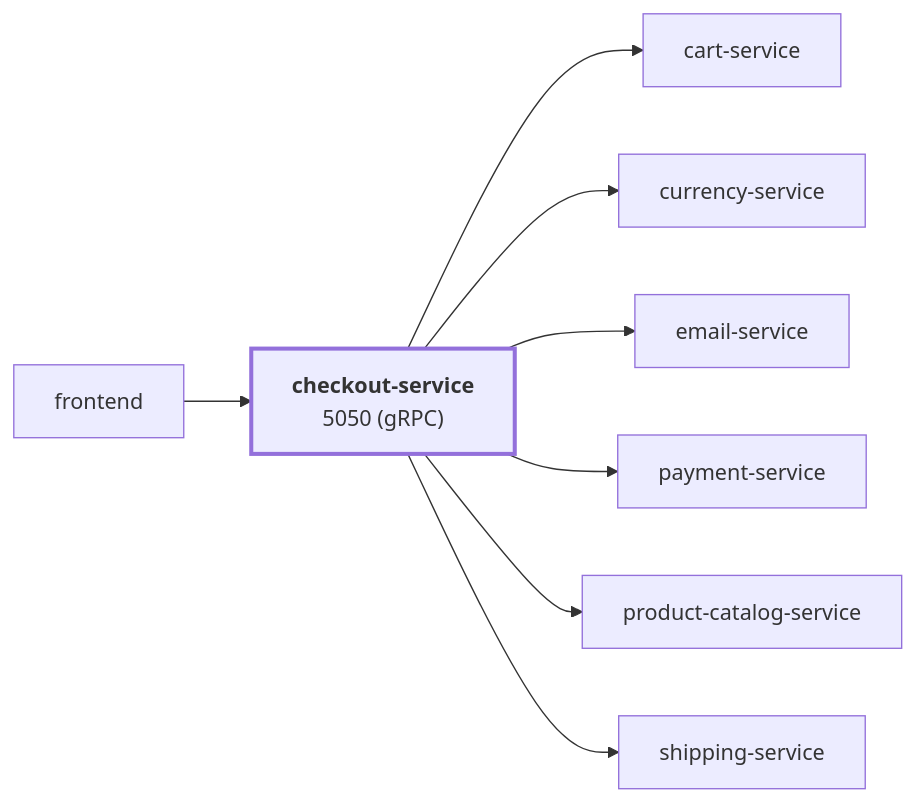
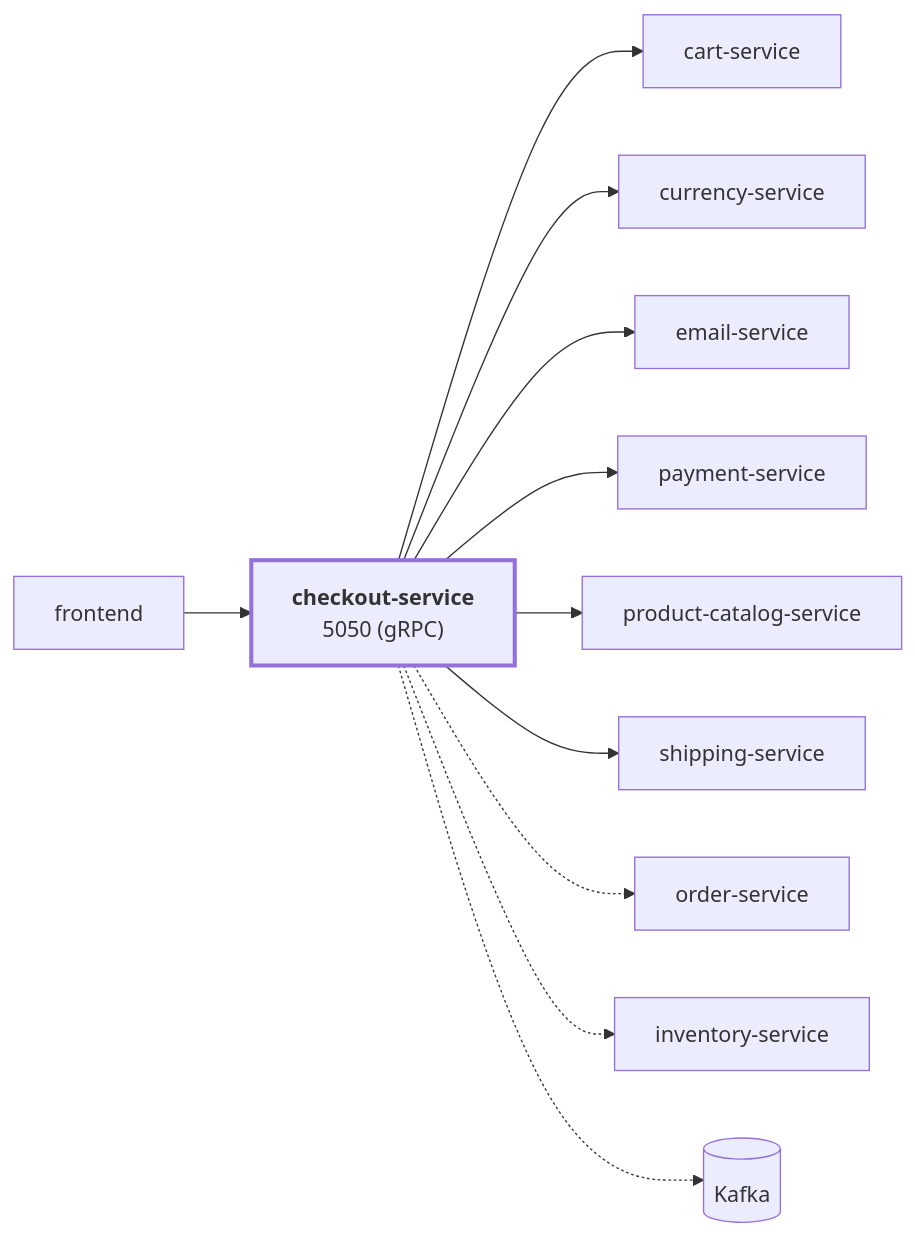
Before and after one commit to platform-boutique/app-checkout-service: the diagram in docs/index.md, drawn with Mermaid. The commit also changed other lines of this file and 12 other files, not shown here.

First line of the commit message:
docs: architecture, operations and decisions pages, Develop section; pre-commit hooks (audit docs batch, REPO-08) (#25)

````diff
--- a/docs/index.md
+++ b/docs/index.md
@@ -20,12 +20,15 @@
 ```mermaid
 flowchart LR
   checkout_service["<b>checkout-service</b><br/>5050 (gRPC)"]:::me
   frontend["frontend"] --> checkout_service
   checkout_service --> cart_service["cart-service"]
   checkout_service --> currency_service["currency-service"]
   checkout_service --> email_service["email-service"]
   checkout_service --> payment_service["payment-service"]
   checkout_service --> product_catalog_service["product-catalog-service"]
   checkout_service --> shipping_service["shipping-service"]
+  checkout_service -.-> order_service["order-service"]
+  checkout_service -.-> inventory_service["inventory-service"]
+  checkout_service -.-> kafka[("Kafka")]
   classDef me stroke-width:3px;
 ```
````
